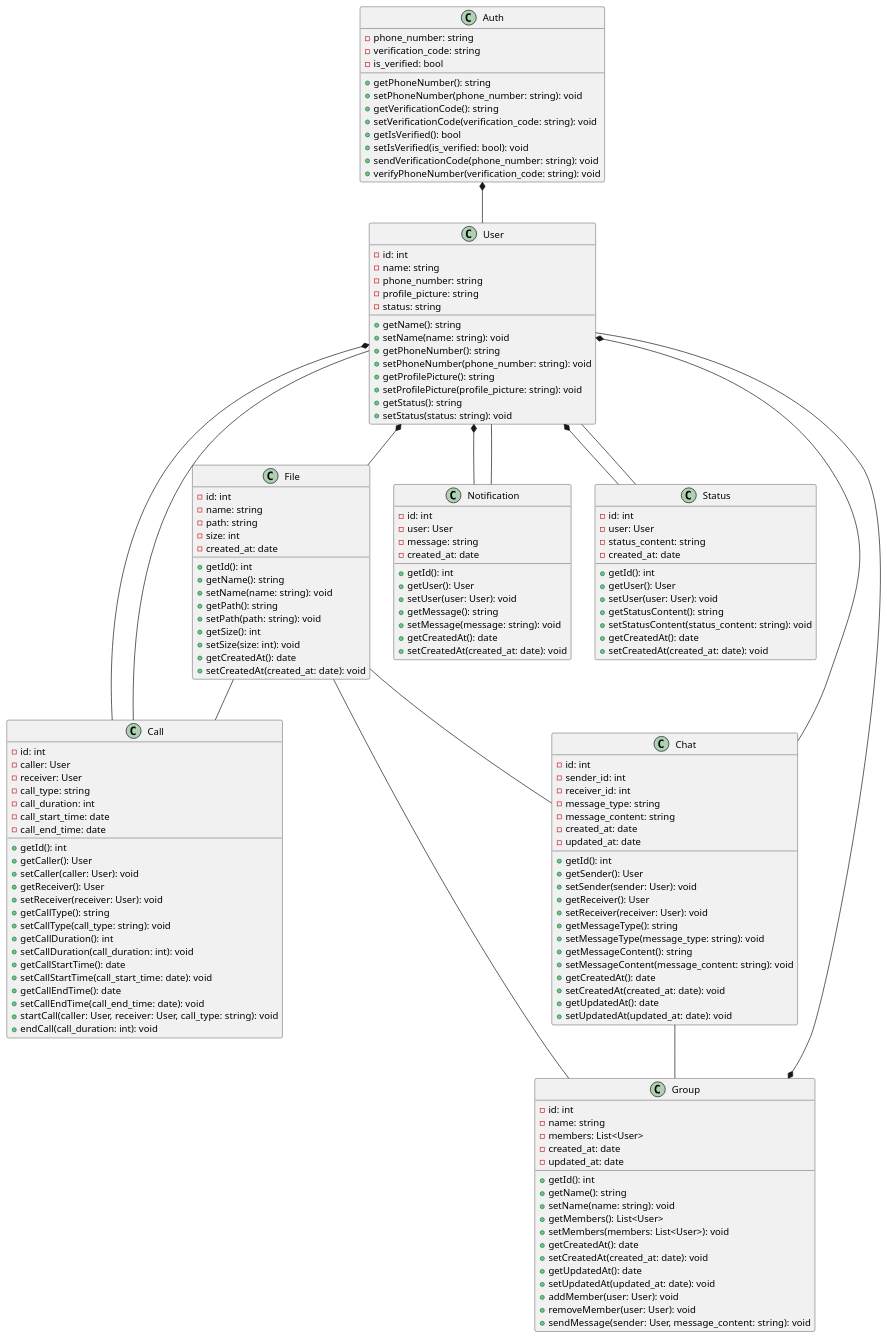
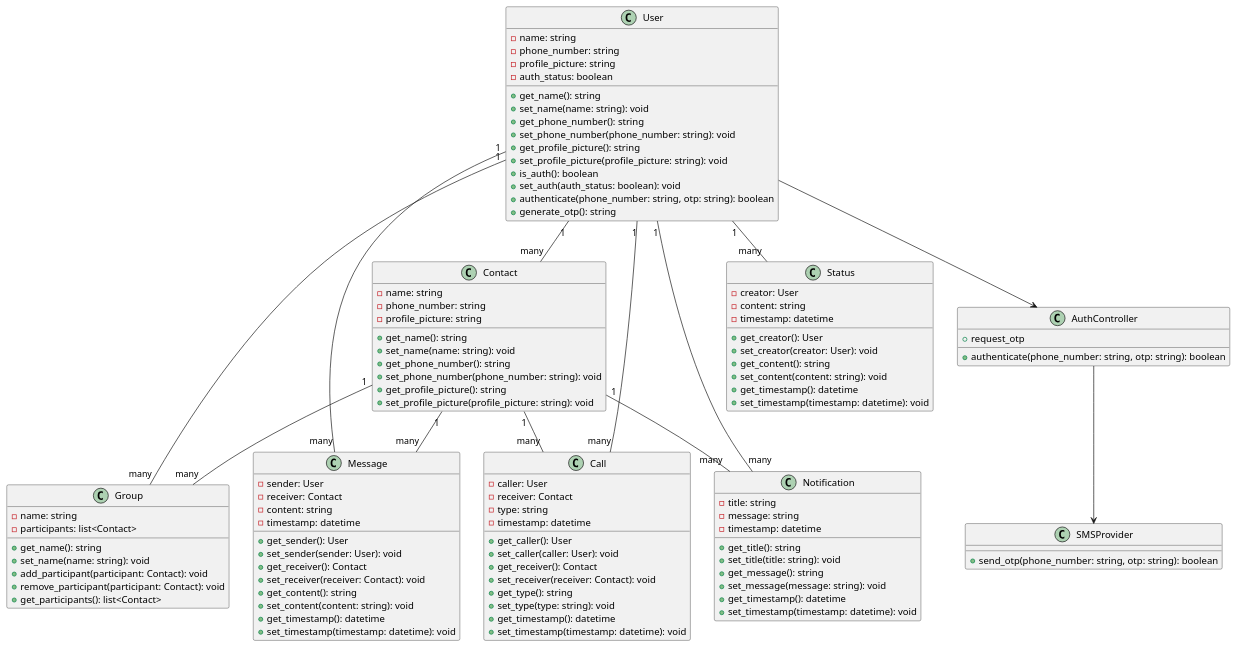
One commit to fikiap23/chatbro changed the diagram in jawaban_job_interview.md. Above: the diagram before and after it, drawn with PlantUML. The commit also changed 1 other file, not shown here.

```diff
--- a/jawaban_job_interview.md
+++ b/jawaban_job_interview.md
@@ -302,164 +302,123 @@
 @startuml
 
 class User {
-    -id: int
-    -name: string
-    -phone_number: string
-    -profile_picture: string
-    -status: string
-    +getName(): string
-    +setName(name: string): void
-    +getPhoneNumber(): string
-    +setPhoneNumber(phone_number: string): void
-    +getProfilePicture(): string
-    +setProfilePicture(profile_picture: string): void
-    +getStatus(): string
-    +setStatus(status: string): void
+    - name: string
+    - phone_number: string
+    - profile_picture: string
+    - auth_status: boolean
+    + get_name(): string
+    + set_name(name: string): void
+    + get_phone_number(): string
+    + set_phone_number(phone_number: string): void
+    + get_profile_picture(): string
+    + set_profile_picture(profile_picture: string): void
+    + is_auth(): boolean
+    + set_auth(auth_status: boolean): void
+    + authenticate(phone_number: string, otp: string): boolean
+    + generate_otp(): string
 }
 
-class Chat {
-    -id: int
-    -sender_id: int
-    -receiver_id: int
-    -message_type: string
-    -message_content: string
-    -created_at: date
-    -updated_at: date
-    +getId(): int
-    +getSender(): User
-    +setSender(sender: User): void
-    +getReceiver(): User
-    +setReceiver(receiver: User): void
-    +getMessageType(): string
-    +setMessageType(message_type: string): void
-    +getMessageContent(): string
-    +setMessageContent(message_content: string): void
-    +getCreatedAt(): date
-    +setCreatedAt(created_at: date): void
-    +getUpdatedAt(): date
-    +setUpdatedAt(updated_at: date): void
+class Contact {
+    - name: string
+    - phone_number: string
+    - profile_picture: string
+    + get_name(): string
+    + set_name(name: string): void
+    + get_phone_number(): string
+    + set_phone_number(phone_number: string): void
+    + get_profile_picture(): string
+    + set_profile_picture(profile_picture: string): void
 }
 
 class Group {
-    -id: int
-    -name: string
-    -members: List<User>
-    -created_at: date
-    -updated_at: date
-    +getId(): int
-    +getName(): string
-    +setName(name: string): void
-    +getMembers(): List<User>
-    +setMembers(members: List<User>): void
-    +getCreatedAt(): date
-    +setCreatedAt(created_at: date): void
-    +getUpdatedAt(): date
-    +setUpdatedAt(updated_at: date): void
-    +addMember(user: User): void
-    +removeMember(user: User): void
-    +sendMessage(sender: User, message_content: string): void
+    - name: string
+    - participants: list<Contact>
+    + get_name(): string
+    + set_name(name: string): void
+    + add_participant(participant: Contact): void
+    + remove_participant(participant: Contact): void
+    + get_participants(): list<Contact>
+}
+
+class Message {
+    - sender: User
+    - receiver: Contact
+    - content: string
+    - timestamp: datetime
+    + get_sender(): User
+    + set_sender(sender: User): void
+    + get_receiver(): Contact
+    + set_receiver(receiver: Contact): void
+    + get_content(): string
+    + set_content(content: string): void
+    + get_timestamp(): datetime
+    + set_timestamp(timestamp: datetime): void
 }
 
 class Call {
-    -id: int
-    -caller: User
-    -receiver: User
-    -call_type: string
-    -call_duration: int
-    -call_start_time: date
-    -call_end_time: date
-    +getId(): int
-    +getCaller(): User
-    +setCaller(caller: User): void
-    +getReceiver(): User
-    +setReceiver(receiver: User): void
-    +getCallType(): string
-    +setCallType(call_type: string): void
-    +getCallDuration(): int
-    +setCallDuration(call_duration: int): void
-    +getCallStartTime(): date
-    +setCallStartTime(call_start_time: date): void
-    +getCallEndTime(): date
-    +setCallEndTime(call_end_time: date): void
-    +startCall(caller: User, receiver: User, call_type: string): void
-    +endCall(call_duration: int): void
+    - caller: User
+    - receiver: Contact
+    - type: string
+    - timestamp: datetime
+    + get_caller(): User
+    + set_caller(caller: User): void
+    + get_receiver(): Contact
+    + set_receiver(receiver: Contact): void
+    + get_type(): string
+    + set_type(type: string): void
+    + get_timestamp(): datetime
+    + set_timestamp(timestamp: datetime): void
 }
 
 class Notification {
-    -id: int
-    -user: User
-    -message: string
-    -created_at: date
-    +getId(): int
-    +getUser(): User
-    +setUser(user: User): void
-    +getMessage(): string
-    +setMessage(message: string): void
-    +getCreatedAt(): date
-    +setCreatedAt(created_at: date): void
+    - title: string
+    - message: string
+    - timestamp: datetime
+    + get_title(): string
+    + set_title(title: string): void
+    + get_message(): string
+    + set_message(message: string): void
+    + get_timestamp(): datetime
+    + set_timestamp(timestamp: datetime): void
 }
 
 class Status {
-    -id: int
-    -user: User
-    -status_content: string
-    -created_at: date
-    +getId(): int
-    +getUser(): User
-    +setUser(user: User): void
-    +getStatusContent(): string
-    +setStatusContent(status_content: string): void
-    +getCreatedAt(): date
-    +setCreatedAt(created_at: date): void
+    - creator: User
+    - content: string
+    - timestamp: datetime
+    + get_creator(): User
+    + set_creator(creator: User): void
+    + get_content(): string
+    + set_content(content: string): void
+    + get_timestamp(): datetime
+    + set_timestamp(timestamp: datetime): void
 }
 
-class File {
-    -id: int
-    -name: string
-    -path: string
-    -size: int
-    -created_at: date
-    +getId(): int
-    +getName(): string
-    +setName(name: string): void
-    +getPath(): string
-    +setPath(path: string): void
-    +getSize(): int
-    +setSize(size: int): void
-    +getCreatedAt(): date
-    +setCreatedAt(created_at: date): void
+User "1" -- "many" Contact
+User "1" -- "many" Group
+Contact "1" -- "many" Group
+User "1" -- "many" Message
+Contact "1" -- "many" Message
+User "1" -- "many" Call
+Contact "1" -- "many" Call
+User "1" -- "many" Notification
+Contact "1" -- "many" Notification
+User "1" -- "many" Status
+
+User --> AuthController
+
+class AuthController {
+    + request_otp
+    + authenticate(phone_number: string, otp: string): boolean
 }
 
-class Auth {
-    -phone_number: string
-    -verification_code: string
-    -is_verified: bool
-    +getPhoneNumber(): string
-    +setPhoneNumber(phone_number: string): void
-    +getVerificationCode(): string
-    +setVerificationCode(verification_code: string): void
-    +getIsVerified(): bool
-    +setIsVerified(is_verified: bool): void
-    +sendVerificationCode(phone_number: string): void
-    +verifyPhoneNumber(verification_code: string): void
+AuthController --> SMSProvider
+
+class SMSProvider {
+    + send_otp(phone_number: string, otp: string): boolean
 }
 
-
-Auth *-- User
-User *-- Chat
-User *-- Call
-User *-- Notification
-User *-- Status
-User *-- File
-
-Chat -- Group
-Group *-- User
-
-Call -- User
-
-Notification -- User
-
-Status -- User
+@enduml
 
 File -- Chat
 File -- Group
```
